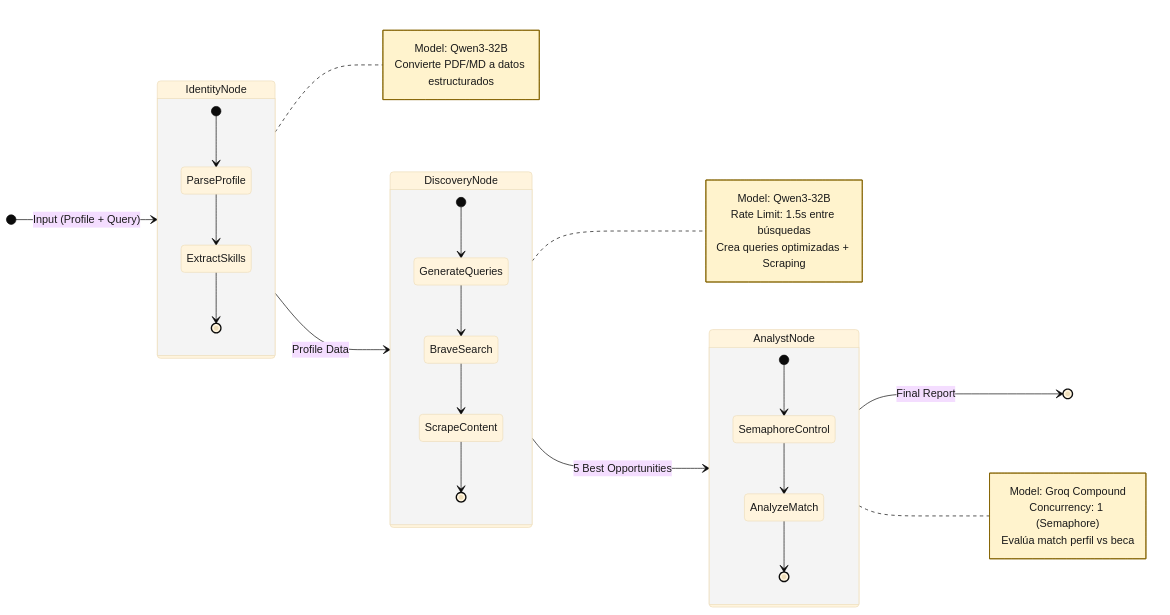
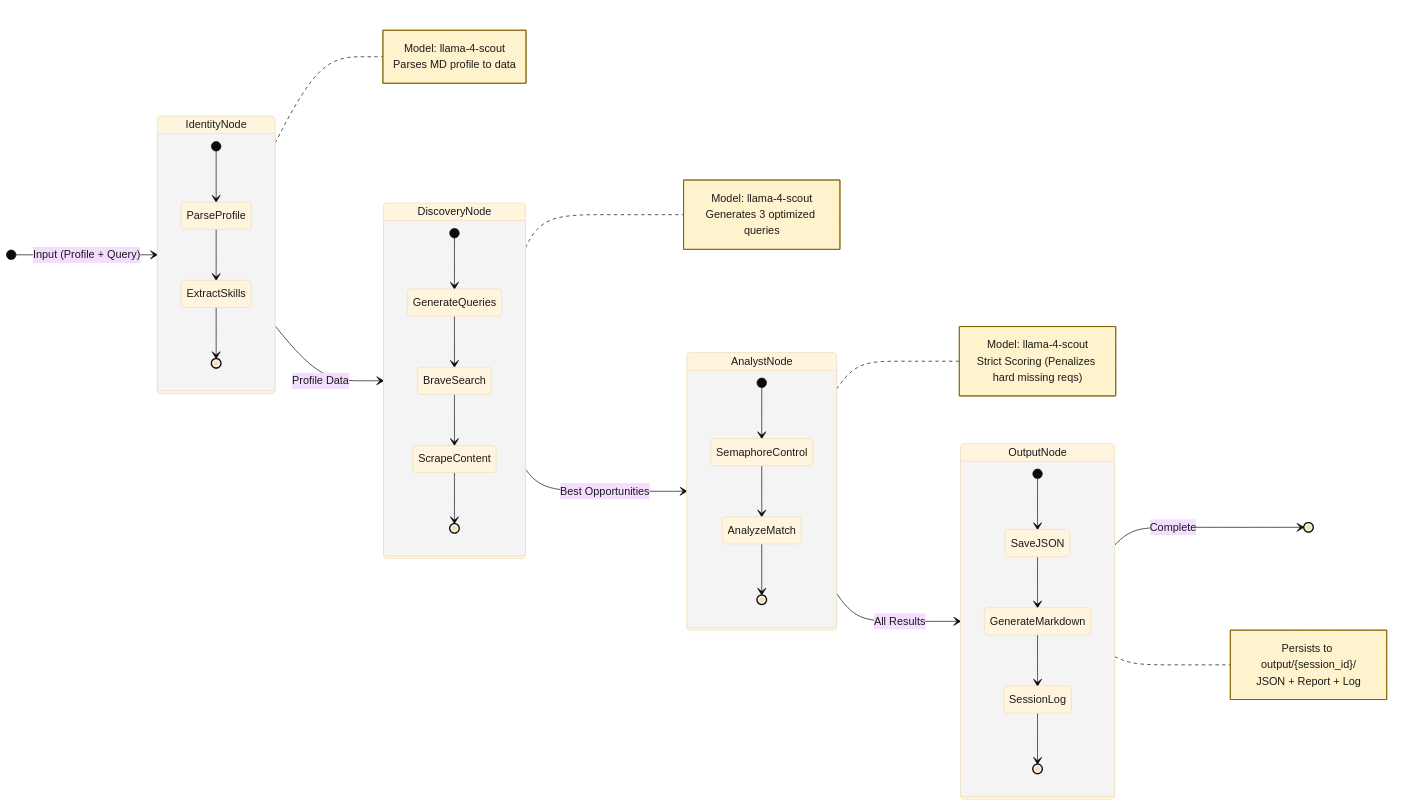
Before and after one commit to Arbues/GrantHunter-AI: the second of 5 diagrams in ARCHITECTURE.md, drawn with Mermaid. The commit also changed other lines of this file and 16 other files, not shown here.

````diff
--- a/ARCHITECTURE.md
+++ b/ARCHITECTURE.md
@@ -37,49 +37,61 @@
 ```mermaid
 %%{init: {'theme':'base', 'themeVariables': {'primaryTextColor':'#1a1a1a','secondaryTextColor':'#1a1a1a','tertiaryTextColor':'#1a1a1a','noteBkgColor':'#fff3cd','noteBorderColor':'#856404','noteTextColor':'#1a1a1a'}}}%%
 stateDiagram-v2
     direction LR
     
     [*] --> IdentityNode: Input (Profile + Query)
     
     state IdentityNode {
         [*] --> ParseProfile
         ParseProfile --> ExtractSkills
         ExtractSkills --> [*]
     }
 
     IdentityNode --> DiscoveryNode: Profile Data
 
     state DiscoveryNode {
         [*] --> GenerateQueries
         GenerateQueries --> BraveSearch
         BraveSearch --> ScrapeContent
         ScrapeContent --> [*]
     }
 
-    DiscoveryNode --> AnalystNode: 5 Best Opportunities
+    DiscoveryNode --> AnalystNode: Best Opportunities
 
     state AnalystNode {
         [*] --> SemaphoreControl
         SemaphoreControl --> AnalyzeMatch
         AnalyzeMatch --> [*]
     }
 
-    AnalystNode --> [*]: Final Report
+    AnalystNode --> OutputNode: All Results
+    
+    state OutputNode {
+        [*] --> SaveJSON
+        SaveJSON --> GenerateMarkdown
+        GenerateMarkdown --> SessionLog
+        SessionLog --> [*]
+    }
+
+    OutputNode --> [*]: Complete
     
     note right of IdentityNode
-        Model: Qwen3-32B
-        Convierte PDF/MD a datos estructurados
+        Model: llama-4-scout
+        Parses MD profile to data
     end note
     
     note right of DiscoveryNode
-        Model: Qwen3-32B
-        Rate Limit: 1.5s entre búsquedas
-        Crea queries optimizadas + Scraping
+        Model: llama-4-scout
+        Generates 3 optimized queries
     end note
     
     note right of AnalystNode
-        Model: Groq Compound
-        Concurrency: 1 (Semaphore)
-        Evalúa match perfil vs beca
+        Model: llama-4-scout
+        Strict Scoring (Penalizes hard missing reqs)
+    end note
+
+    note right of OutputNode
+        Persists to output/{session_id}/
+        JSON + Report + Log
     end note
 ```
````
